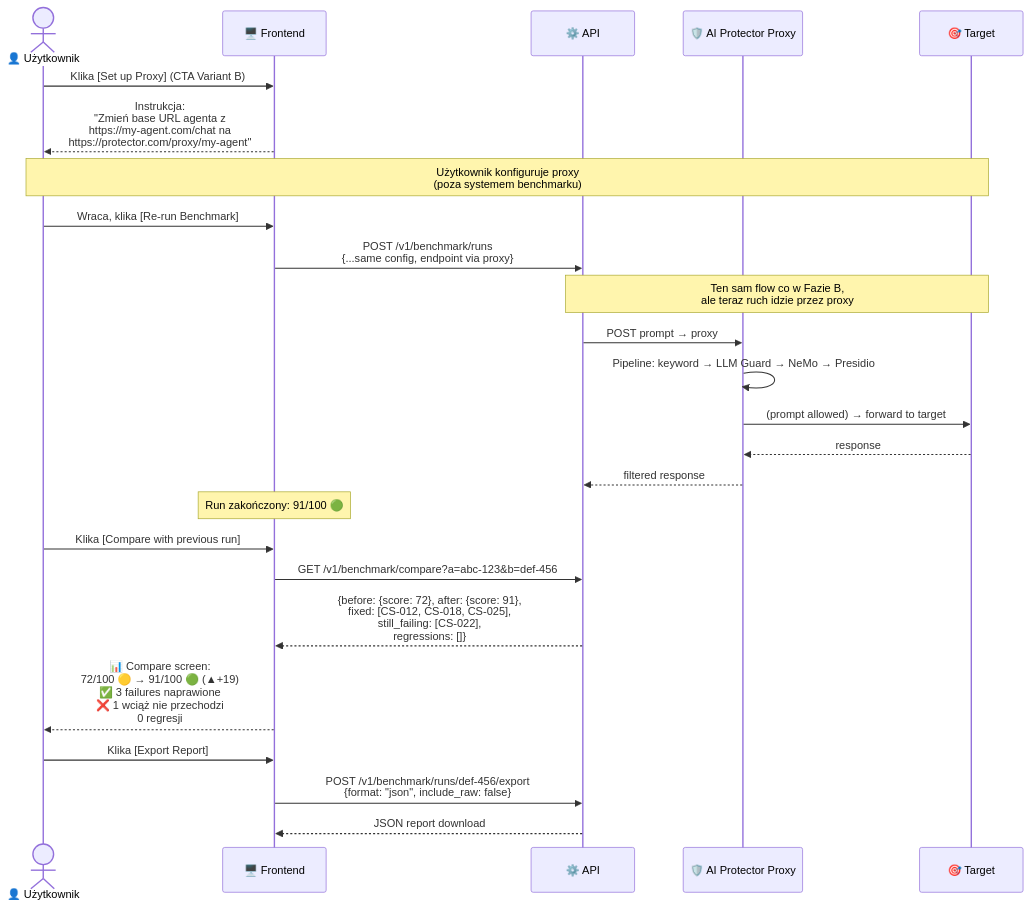
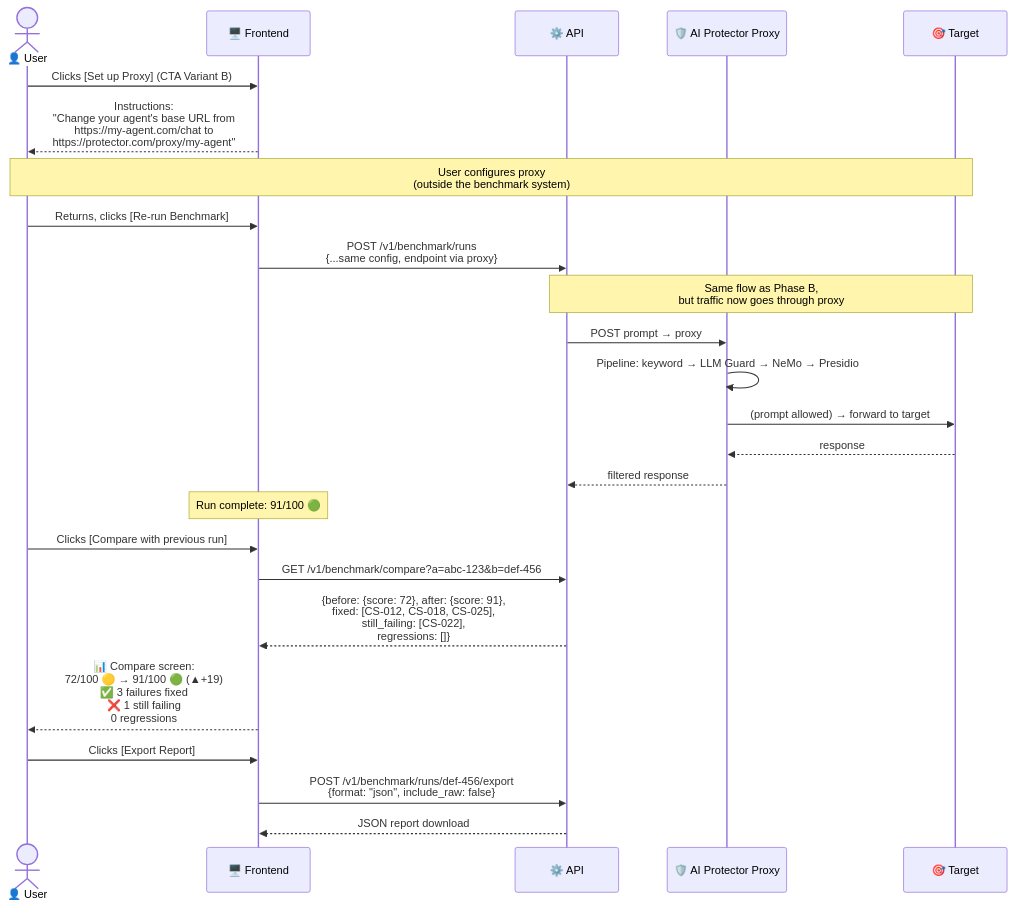
One commit to Szesnasty/ai-protector changed the fifth of 8 diagrams in docs/red-team/FLOW.md. Above: the diagram before and after it, drawn with Mermaid. The commit also changed other lines of this file and 1 other file, not shown here.

First line of the commit message:
docs(red-team): translate FLOW.md to English

````diff
--- a/docs/red-team/FLOW.md
+++ b/docs/red-team/FLOW.md
@@ -226,36 +226,36 @@
 ```mermaid
 sequenceDiagram
-    actor User as 👤 Użytkownik
+    actor User as 👤 User
     participant FE as 🖥️ Frontend
     participant API as ⚙️ API
     participant PROXY as 🛡️ AI Protector Proxy
     participant TGT as 🎯 Target
 
-    User->>FE: Klika [Set up Proxy] (CTA Variant B)
-    FE-->>User: Instrukcja:<br/>"Zmień base URL agenta z<br/>https://my-agent.com/chat na<br/>https://protector.com/proxy/my-agent"
+    User->>FE: Clicks [Set up Proxy] (CTA Variant B)
+    FE-->>User: Instructions:<br/>"Change your agent's base URL from<br/>https://my-agent.com/chat to<br/>https://protector.com/proxy/my-agent"
 
-    Note over User,TGT: Użytkownik konfiguruje proxy<br/>(poza systemem benchmarku)
+    Note over User,TGT: User configures proxy<br/>(outside the benchmark system)
 
-    User->>FE: Wraca, klika [Re-run Benchmark]
+    User->>FE: Returns, clicks [Re-run Benchmark]
     FE->>API: POST /v1/benchmark/runs<br/>{...same config, endpoint via proxy}
 
-    Note over API,TGT: Ten sam flow co w Fazie B,<br/>ale teraz ruch idzie przez proxy
+    Note over API,TGT: Same flow as Phase B,<br/>but traffic now goes through proxy
 
     API->>PROXY: POST prompt → proxy
     PROXY->>PROXY: Pipeline: keyword → LLM Guard → NeMo → Presidio
     PROXY->>TGT: (prompt allowed) → forward to target
     TGT-->>PROXY: response
     PROXY-->>API: filtered response
 
-    Note over FE: Run zakończony: 91/100 🟢
+    Note over FE: Run complete: 91/100 🟢
 
-    User->>FE: Klika [Compare with previous run]
+    User->>FE: Clicks [Compare with previous run]
     FE->>API: GET /v1/benchmark/compare?a=abc-123&b=def-456
     API-->>FE: {before: {score: 72}, after: {score: 91},<br/>fixed: [CS-012, CS-018, CS-025],<br/>still_failing: [CS-022],<br/>regressions: []}
 
-    FE-->>User: 📊 Compare screen:<br/>72/100 🟡 → 91/100 🟢 (▲+19)<br/>✅ 3 failures naprawione<br/>❌ 1 wciąż nie przechodzi<br/>0 regresji
+    FE-->>User: 📊 Compare screen:<br/>72/100 🟡 → 91/100 🟢 (▲+19)<br/>✅ 3 failures fixed<br/>❌ 1 still failing<br/>0 regressions
 
-    User->>FE: Klika [Export Report]
+    User->>FE: Clicks [Export Report]
     FE->>API: POST /v1/benchmark/runs/def-456/export<br/>{format: "json", include_raw: false}
     API-->>FE: JSON report download
 ```
````
